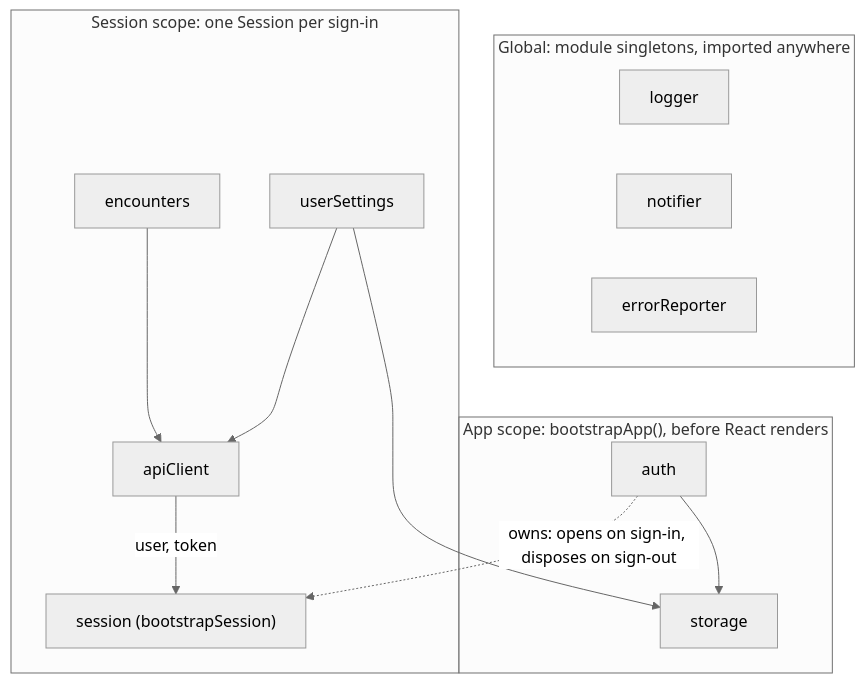
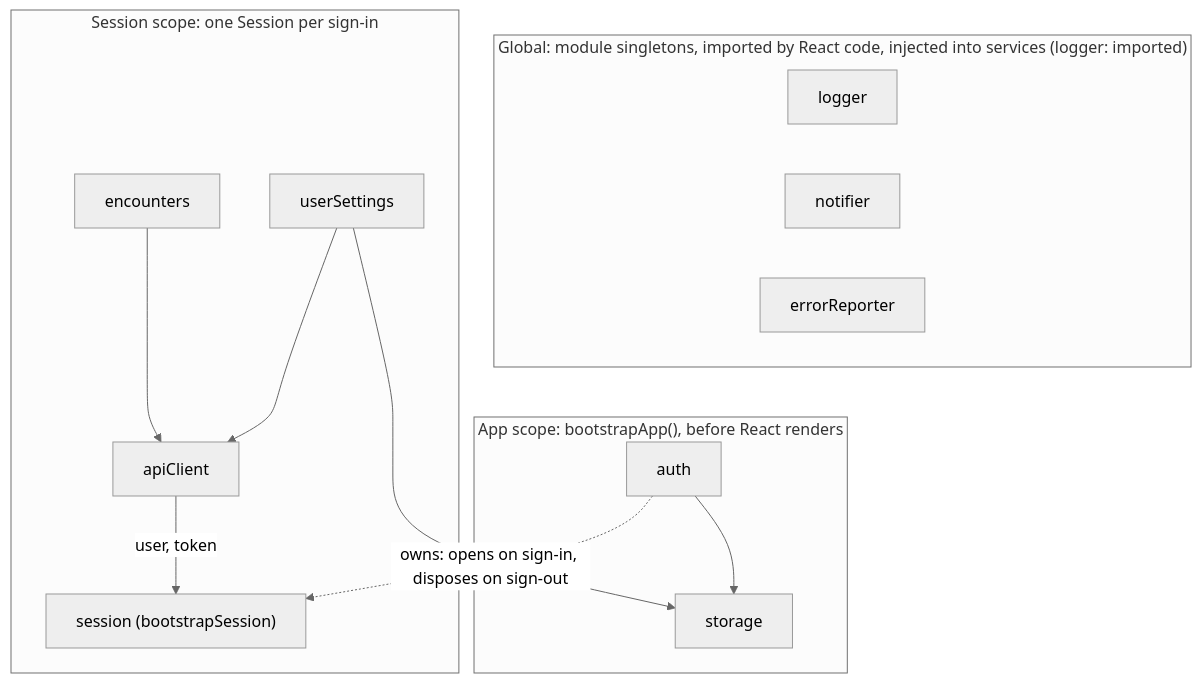
The diagram in README.md (pmdartus/react-app-services), drawn with Mermaid (neutral theme) before and after one commit. The commit also changed other lines of this file and 8 other files, not shown here.

````diff
--- a/README.md
+++ b/README.md
@@ -87,23 +91,23 @@
 ```mermaid
 flowchart TD
-  subgraph global["Global: module singletons, imported anywhere"]
+  subgraph global["Global: module singletons, imported by React code, injected into services (logger: imported)"]
     logger
     notifier
     errorReporter
   end
 
   subgraph app["App scope: bootstrapApp(), before React renders"]
     storage
     auth --> storage
   end
 
   subgraph sess["Session scope: one Session per sign-in"]
     session["session (bootstrapSession)"]
     apiClient --> |user, token| session
     userSettings --> apiClient
     userSettings --> storage
     encounters --> apiClient
   end
 
   auth -. owns: opens on sign-in, disposes on sign-out .-> session
 ```
````
